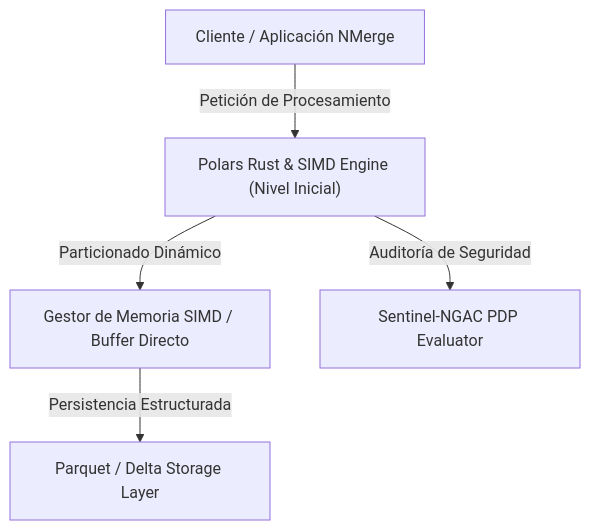
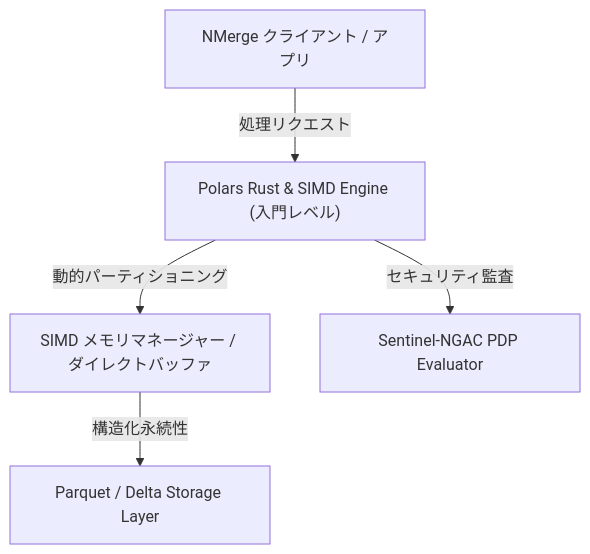
One commit to gjpierp/nmergeia changed the diagram in public/docs/ja/datascience_polars.md. Above: the diagram before and after it, drawn with Mermaid. The commit also changed other lines of this file and 182 other files, not shown here.

Commit message:
fix(i18n): sincronizar claves de menú i18n para los 7 idiomas, traducir diagramas Mermaid y agregar fallback a español contra 404 de Vite

````diff
--- a/public/docs/ja/datascience_polars.md
+++ b/public/docs/ja/datascience_polars.md
@@ -16,7 +16,7 @@
 ```mermaid
 flowchart TD
-    A["Cliente / Aplicación NMerge"] -->|Petición de Procesamiento| B["Polars Rust & SIMD Engine (Nivel Inicial)"]
-    B -->|Particionado Dinámico| C["Gestor de Memoria SIMD / Buffer Directo"]
-    C -->|Persistencia Estructurada| D["Parquet / Delta Storage Layer"]
-    B -->|Auditoría de Seguridad| E["Sentinel-NGAC PDP Evaluator"]
+    A["NMerge クライアント / アプリ"] -->|処理リクエスト| B["Polars Rust & SIMD Engine (入門レベル)"]
+    B -->|動的パーティショニング| C["SIMD メモリマネージャー / ダイレクトバッファ"]
+    C -->|構造化永続性| D["Parquet / Delta Storage Layer"]
+    B -->|セキュリティ監査| E["Sentinel-NGAC PDP Evaluator"]
 ```
````
